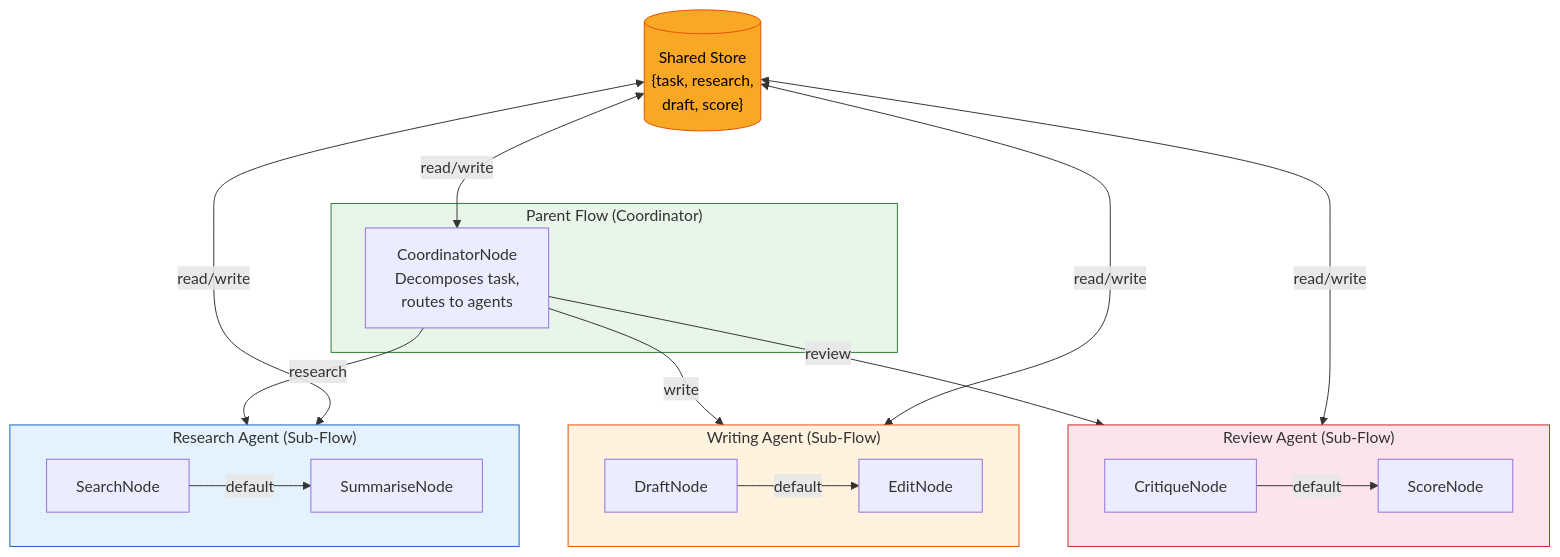
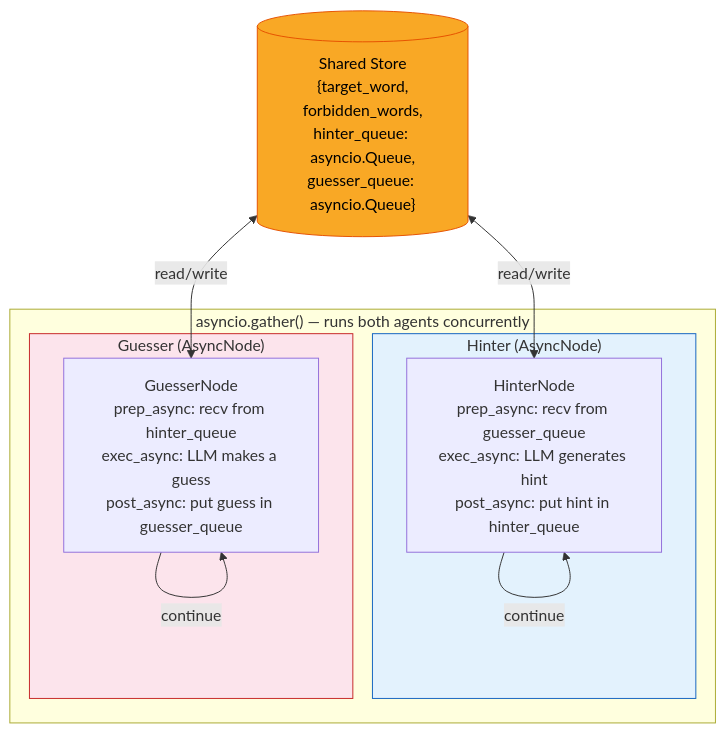
Before and after one commit to lauronjohn/PocketFlow-Minimalist-LLM-Agent-Framework: diagram 17 of 21 in README.md, drawn with Mermaid. The commit also changed other lines of this file, not shown here.

````diff
--- a/README.md
+++ b/README.md
@@ -955,30 +949,21 @@
 ```mermaid
 graph TD
-    subgraph ParentFlow["Parent Flow (Coordinator)"]
-        C["CoordinatorNode\nDecomposes task,\nroutes to agents"]
+    subgraph Concurrent["asyncio.gather() — runs both agents concurrently"]
+        subgraph AgentA["Hinter (AsyncNode)"]
+            H["HinterNode\nprep_async: recv from guesser_queue\nexec_async: LLM generates hint\npost_async: put hint in hinter_queue"]
+            H -->|continue| H
+        end
+
+        subgraph AgentB["Guesser (AsyncNode)"]
+            G["GuesserNode\nprep_async: recv from hinter_queue\nexec_async: LLM makes a guess\npost_async: put guess in guesser_queue"]
+            G -->|continue| G
+        end
     end
 
-    subgraph AgentA["Research Agent (Sub-Flow)"]
-        A1["SearchNode"] -->|default| A2["SummariseNode"]
-    end
+    SS[("Shared Store\n{target_word,\nforbidden_words,\nhinter_queue: asyncio.Queue,\nguesser_queue: asyncio.Queue}")] <-->|read/write| H
+    SS <-->|read/write| G
 
-    subgraph AgentB["Writing Agent (Sub-Flow)"]
-        B1["DraftNode"] -->|default| B2["EditNode"]
-    end
-
-    subgraph AgentC["Review Agent (Sub-Flow)"]
-        R1["CritiqueNode"] -->|default| R2["ScoreNode"]
-    end
-
-    C -->|research| AgentA
-    C -->|write| AgentB
-    C -->|review| AgentC
-
-    SS[("Shared Store\n{task, research,\ndraft, score}")] <-->|read/write| C & AgentA & AgentB & AgentC
-
-    style ParentFlow fill:#e8f5e9,stroke:#2e7d32
+    style SS fill:#f9a825,stroke:#e65100,color:#000
     style AgentA fill:#e3f2fd,stroke:#1565c0
-    style AgentB fill:#fff3e0,stroke:#e65100
-    style AgentC fill:#fce4ec,stroke:#c62828
-    style SS fill:#f9a825,stroke:#e65100,color:#000
+    style AgentB fill:#fce4ec,stroke:#c62828
 ```
````
